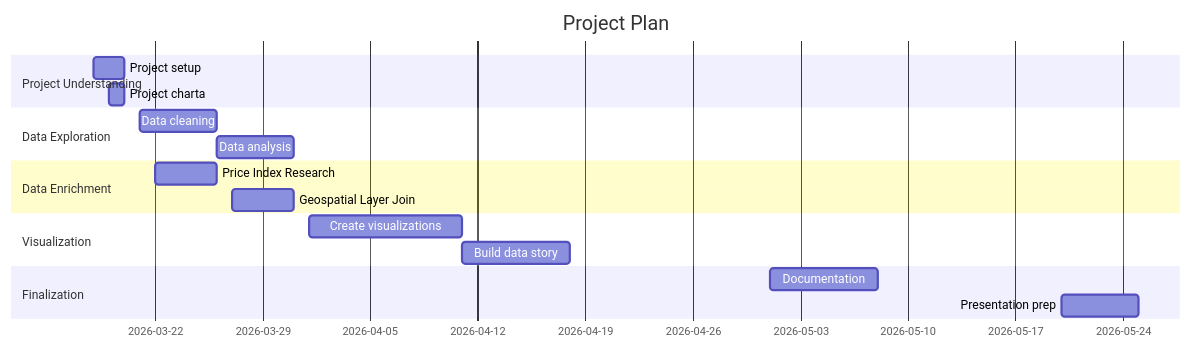
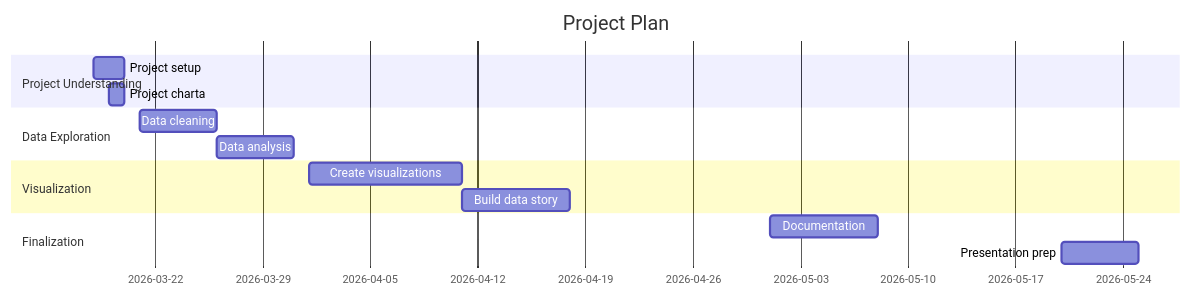
Before and after one commit to Curiyan/ad24-4-fancyproject: the diagram in docs/project_charta.qmd, drawn with Mermaid. The commit also changed other lines of this file, not shown here.

````diff
--- a/docs/project_charta.qmd
+++ b/docs/project_charta.qmd
@@ -171,27 +155,23 @@
 ```{mermaid}
 %%| label: fig-project-plan
 %%| fig-cap: Preliminary project plan in the form of a Gantt chart.
 gantt
     title Project Plan
     dateFormat YYYY-MM-DD
     
     section Project Understanding
         Project setup            :a1, 2026-03-18, 2d
         Project charta           :a2, 2026-03-19, 1d
 
     section Data Exploration
         Data cleaning            :a3, 2026-03-21, 5d
         Data analysis            :a4, 2026-03-26, 5d
 
-     section Data Enrichment
-        Price Index Research     :a9, 2026-03-22, 4d
-        Geospatial Layer Join    :a10, 2026-03-27, 4d
-
     section Visualization
         Create visualizations    :a5, 2026-04-01, 10d
         Build data story         :a6, 2026-04-11, 7d
 
     section Finalization
         Documentation            :a7, 2026-05-01, 7d
         Presentation prep        :a8, 2026-05-20, 5d
 ```
````
